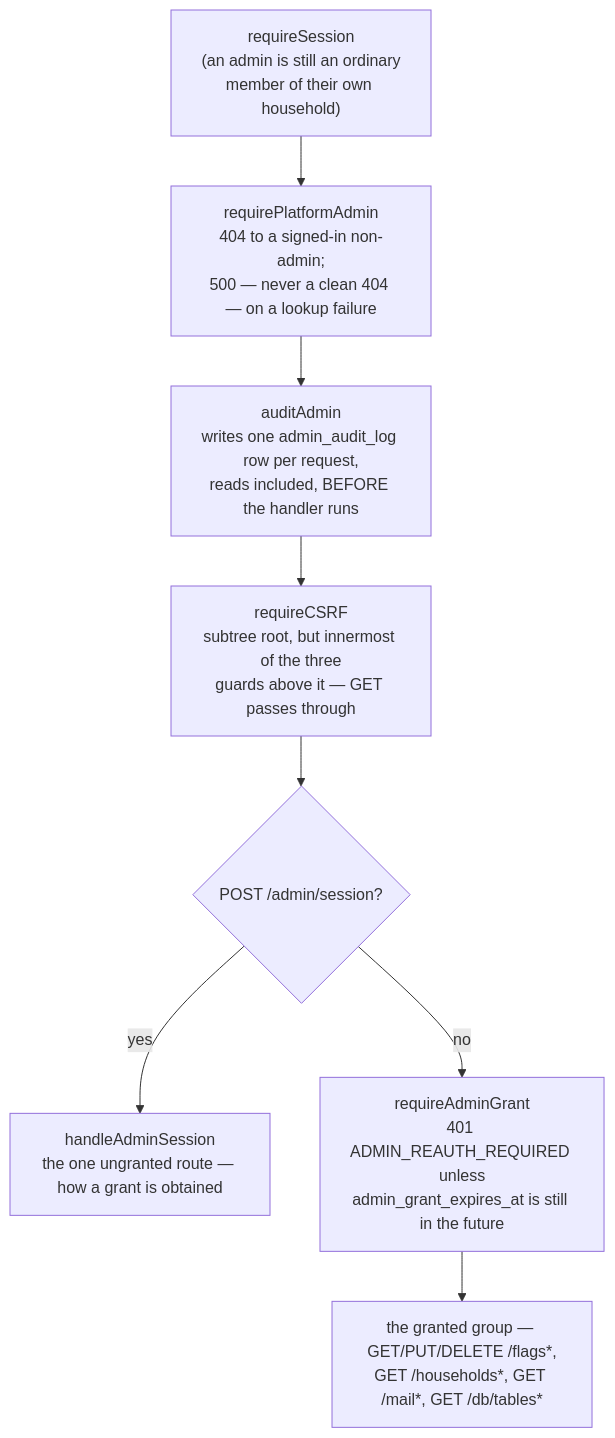
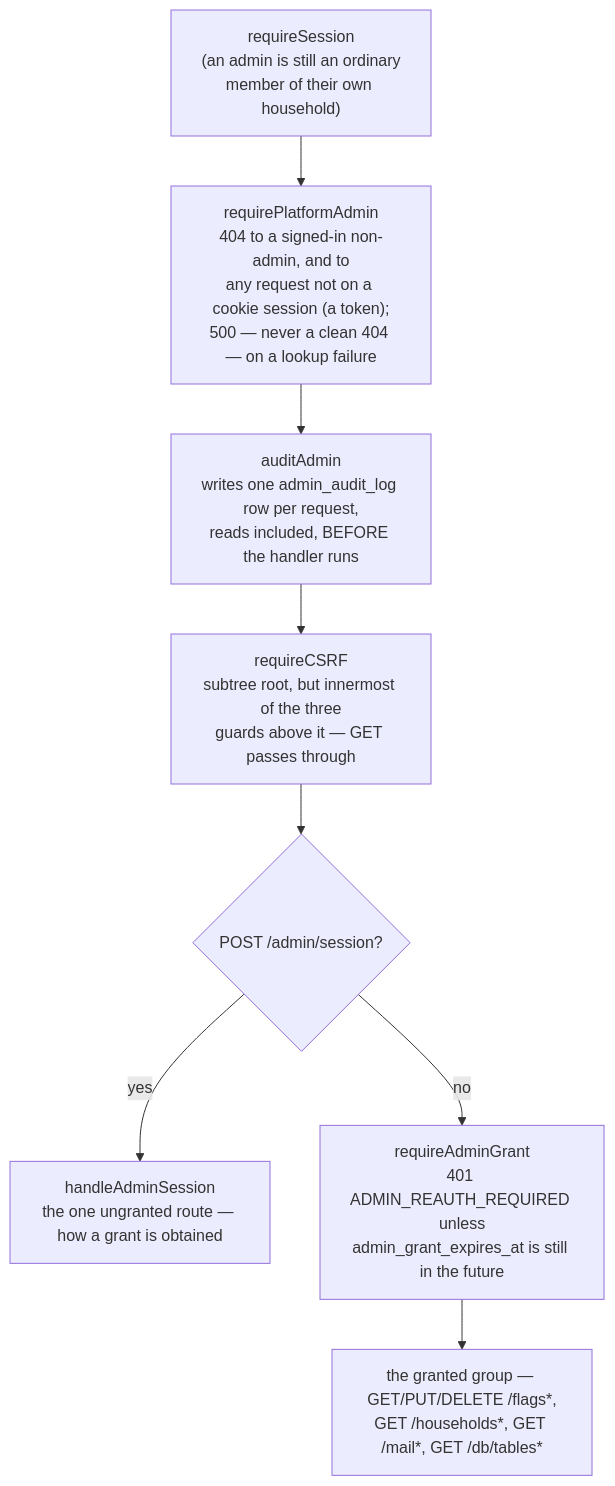
Before and after one commit to oandrz/Household: the fifth of 27 diagrams in docs/SYSTEM_DESIGN.md, drawn with Mermaid. The commit also changed other lines of this file and 7 other files, not shown here.

First line of the commit message:
Enforce ADR 7 rule 3 for platform admins: a personal API token never reaches the admin surface (#34)

````diff
--- a/docs/SYSTEM_DESIGN.md
+++ b/docs/SYSTEM_DESIGN.md
@@ -1091,10 +1100,10 @@
 ```mermaid
 graph TD
-    S["requireSession<br/>(an admin is still an ordinary<br/>member of their own household)"] --> PA["requirePlatformAdmin<br/>404 to a signed-in non-admin;<br/>500 — never a clean 404 — on a lookup failure"]
+    S["requireSession<br/>(an admin is still an ordinary<br/>member of their own household)"] --> PA["requirePlatformAdmin<br/>404 to a signed-in non-admin, and to<br/>any request not on a cookie session (a token);<br/>500 — never a clean 404 — on a lookup failure"]
     PA --> AA["auditAdmin<br/>writes one admin_audit_log row per request,<br/>reads included, BEFORE the handler runs"]
     AA --> CS["requireCSRF<br/>subtree root, but innermost of the three<br/>guards above it — GET passes through"]
     CS --> Which{"POST /admin/session?"}
     Which -->|yes| H1["handleAdminSession<br/>the one ungranted route — how a grant is obtained"]
     Which -->|no| AG["requireAdminGrant<br/>401 ADMIN_REAUTH_REQUIRED unless<br/>admin_grant_expires_at is still in the future"]
     AG --> H2["the granted group — GET/PUT/DELETE /flags*,<br/>GET /households*, GET /mail*, GET /db/tables*"]
 ```
````
